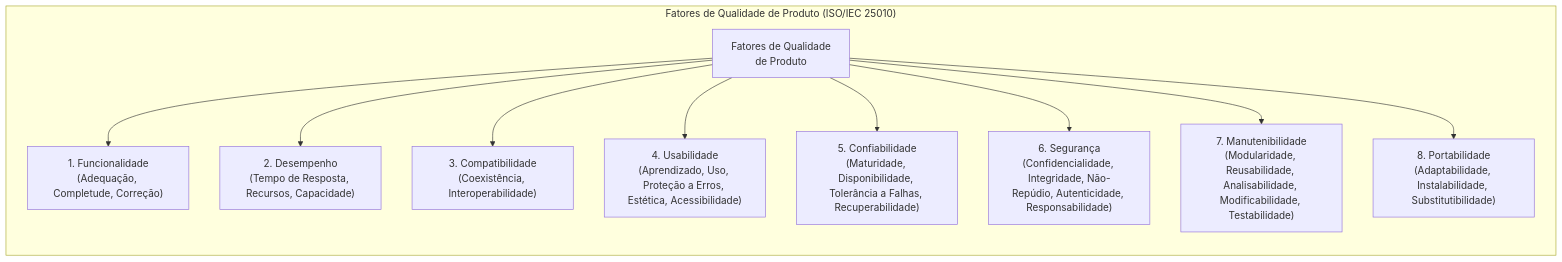
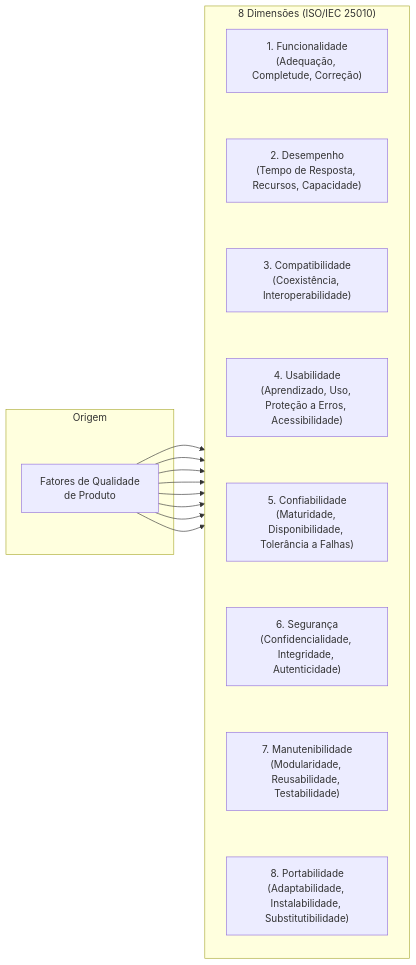
Before and after one commit to leorruas/puc: the third of 3 diagrams in 01. Programacao Modular/05. Fatores externos de qualidade de software.md, drawn with Mermaid.

Commit message:
style(diagram): reformata o diagrama da ISO 25010 com no raiz a esquerda e coluna vertical com as 8 dimensoes a direita

````diff
--- a/01. Programacao Modular/05. Fatores externos de qualidade de software.md
+++ b/01. Programacao Modular/05. Fatores externos de qualidade de software.md
@@ -148,16 +148,35 @@
 ```mermaid
-flowchart TD
-    subgraph ISO25010 ["Fatores de Qualidade de Produto (ISO/IEC 25010)"]
+flowchart LR
+    subgraph ColunaEsquerda ["Origem"]
+        Root["Fatores de Qualidade<br>de Produto"]
+    end
+
+    subgraph ColunaDireita ["8 Dimensões (ISO/IEC 25010)"]
         direction TB
-        Root["Fatores de Qualidade<br>de Produto"]
+        C1["1. Funcionalidade<br>(Adequação, Completude, Correção)"]
+        C2["2. Desempenho<br>(Tempo de Resposta, Recursos, Capacidade)"]
+        C3["3. Compatibilidade<br>(Coexistência, Interoperabilidade)"]
+        C4["4. Usabilidade<br>(Aprendizado, Uso, Proteção a Erros, Acessibilidade)"]
+        C5["5. Confiabilidade<br>(Maturidade, Disponibilidade, Tolerância a Falhas)"]
+        C6["6. Segurança<br>(Confidencialidade, Integridade, Autenticidade)"]
+        C7["7. Manutenibilidade<br>(Modularidade, Reusabilidade, Testabilidade)"]
+        C8["8. Portabilidade<br>(Adaptabilidade, Instalabilidade, Substitutibilidade)"]
 
-        Root --> C1["1. Funcionalidade<br>(Adequação, Completude, Correção)"]
-        Root --> C2["2. Desempenho<br>(Tempo de Resposta, Recursos, Capacidade)"]
-        Root --> C3["3. Compatibilidade<br>(Coexistência, Interoperabilidade)"]
-        Root --> C4["4. Usabilidade<br>(Aprendizado, Uso, Proteção a Erros, Estética, Acessibilidade)"]
-        Root --> C5["5. Confiabilidade<br>(Maturidade, Disponibilidade, Tolerância a Falhas, Recuperabilidade)"]
-        Root --> C6["6. Segurança<br>(Confidencialidade, Integridade, Não-Repúdio, Autenticidade, Responsabilidade)"]
-        Root --> C7["7. Manutenibilidade<br>(Modularidade, Reusabilidade, Analisabilidade, Modificabilidade, Testabilidade)"]
-        Root --> C8["8. Portabilidade<br>(Adaptabilidade, Instalabilidade, Substitutibilidade)"]
+        C1 ~~~ C2
+        C2 ~~~ C3
+        C3 ~~~ C4
+        C4 ~~~ C5
+        C5 ~~~ C6
+        C6 ~~~ C7
+        C7 ~~~ C8
     end
+
+    Root --> C1
+    Root --> C2
+    Root --> C3
+    Root --> C4
+    Root --> C5
+    Root --> C6
+    Root --> C7
+    Root --> C8
 ```
````
